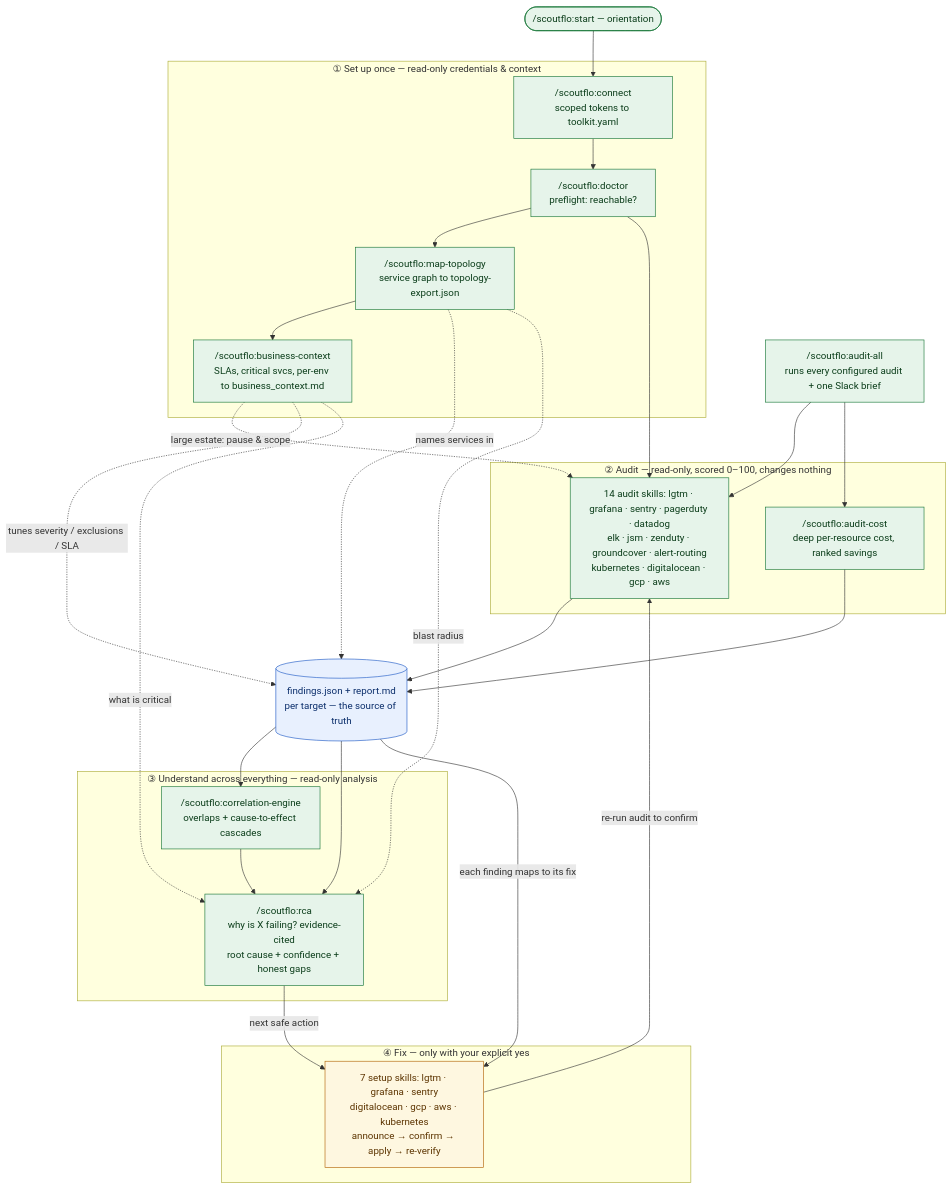
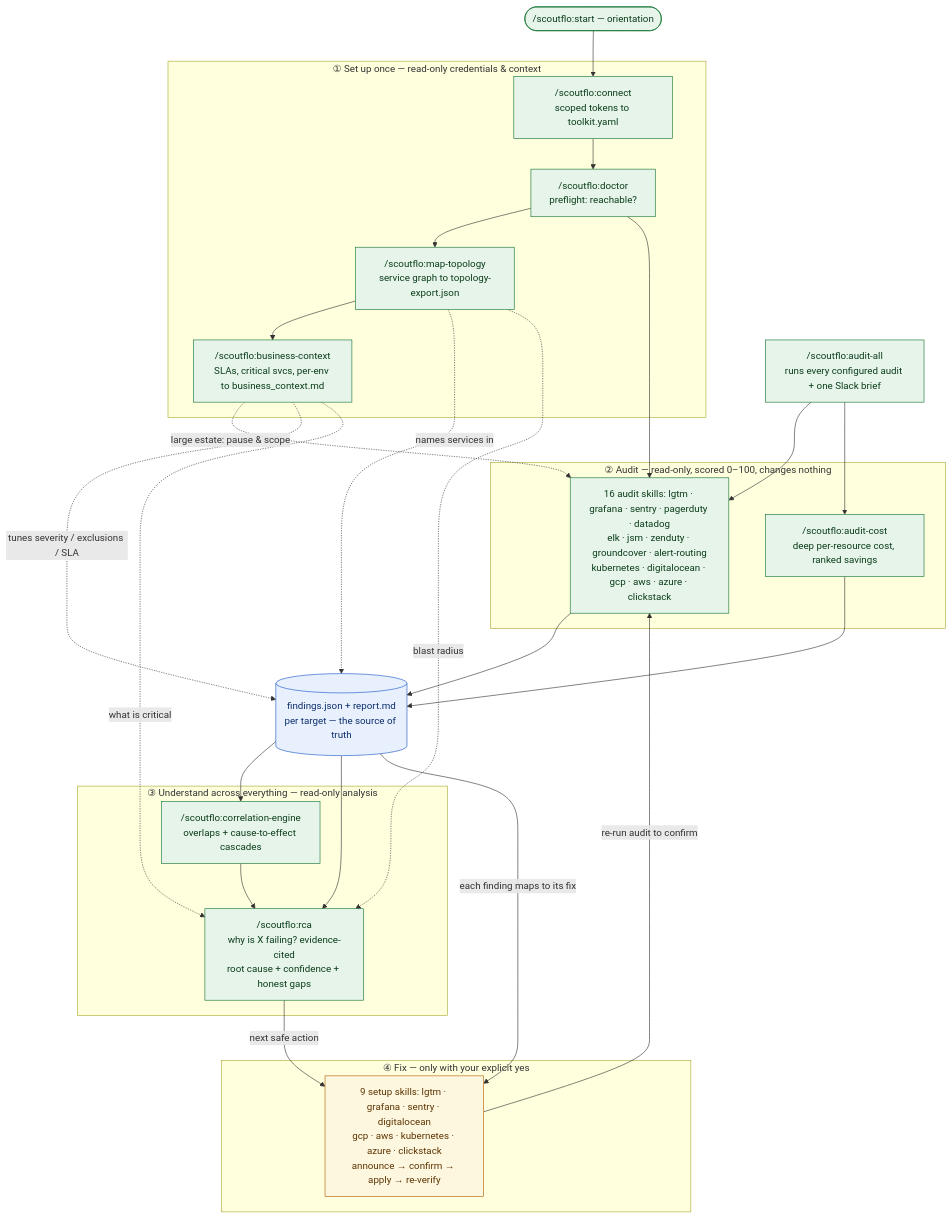
Before and after one commit to Scoutflo/ai-readiness: the diagram in README.md, drawn with Mermaid. The commit also changed 2 other files, not shown here.

Commit message:
v0.1.115: refresh stale README diagram (add Azure + ClickStack; 14→16 audit, 7→9 setup)
The README Mermaid architecture diagram still listed 14 audit / 7 setup skills and
omitted azure + clickstack (added 0.1.108 / 0.1.110). The catalog-consistency gate
validates the README catalog list (current), not the hand-drawn diagram, so it went
stale silently. Updated to 16 audit / 9 setup. Verified nothing else is behind
(version, no stale current-version pins, no dangling self-test refs).

````diff
--- a/README.md
+++ b/README.md
@@ -16,54 +16,54 @@
 ```mermaid
 flowchart TD
     start(["/scoutflo:start — orientation"])
 
     subgraph SETUP["① Set up once — read-only credentials & context"]
         connect["/scoutflo:connect<br/>scoped tokens to toolkit.yaml"]
         doctor["/scoutflo:doctor<br/>preflight: reachable?"]
         topo["/scoutflo:map-topology<br/>service graph to topology-export.json"]
         bctx["/scoutflo:business-context<br/>SLAs, critical svcs, per-env to business_context.md"]
     end
 
     subgraph AUDIT["② Audit — read-only, scored 0–100, changes nothing"]
-        aud["14 audit skills: lgtm · grafana · sentry · pagerduty · datadog<br/>elk · jsm · zenduty · groundcover · alert-routing<br/>kubernetes · digitalocean · gcp · aws"]
+        aud["16 audit skills: lgtm · grafana · sentry · pagerduty · datadog<br/>elk · jsm · zenduty · groundcover · alert-routing<br/>kubernetes · digitalocean · gcp · aws · azure · clickstack"]
         cost["/scoutflo:audit-cost<br/>deep per-resource cost, ranked savings"]
     end
 
     all["/scoutflo:audit-all<br/>runs every configured audit + one Slack brief"]
     findings[("findings.json + report.md<br/>per target — the source of truth")]
 
     subgraph CORRELATE["③ Understand across everything — read-only analysis"]
         corr["/scoutflo:correlation-engine<br/>overlaps + cause-to-effect cascades"]
         rca["/scoutflo:rca<br/>why is X failing? evidence-cited<br/>root cause + confidence + honest gaps"]
     end
 
     subgraph FIX["④ Fix — only with your explicit yes"]
-        setup["7 setup skills: lgtm · grafana · sentry<br/>digitalocean · gcp · aws · kubernetes<br/>announce → confirm → apply → re-verify"]
+        setup["9 setup skills: lgtm · grafana · sentry · digitalocean<br/>gcp · aws · kubernetes · azure · clickstack<br/>announce → confirm → apply → re-verify"]
     end
 
     start --> connect --> doctor
     doctor --> topo --> bctx
     bctx -.->|large estate: pause & scope| aud
     doctor --> aud
     aud --> findings
     cost --> findings
     all --> aud
     all --> cost
     topo -. names services in .-> findings
     bctx -. tunes severity / exclusions / SLA .-> findings
     findings --> corr
     corr --> rca
     topo -. blast radius .-> rca
     bctx -. what is critical .-> rca
     findings --> rca
     rca -->|next safe action| setup
     findings -->|each finding maps to its fix| setup
     setup -->|re-run audit to confirm| aud
 
     classDef ro fill:#e6f4ea,stroke:#137333,color:#0b3d1a;
     classDef write fill:#fef7e0,stroke:#b06000,color:#5c3400;
     classDef data fill:#e8f0fe,stroke:#1a56c4,color:#0b2e6b;
     class start,connect,doctor,topo,bctx,aud,cost,all,corr,rca ro;
     class setup write;
     class findings data;
 ```
````
